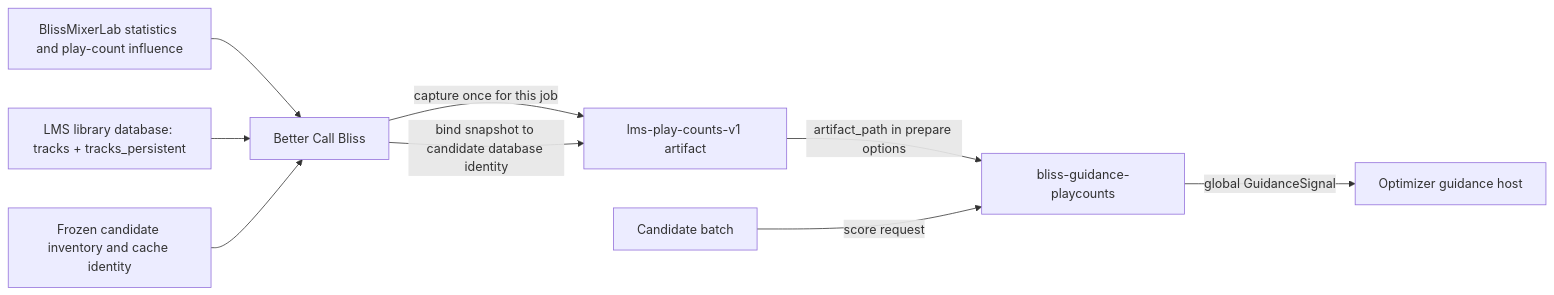
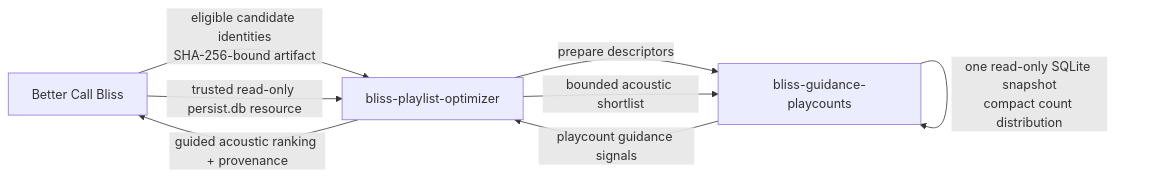
Before and after one commit to chrober/bliss-guidance-playcounts: the diagram in README.md, drawn with Mermaid. The commit also changed other lines of this file and 2 other files, not shown here.

Commit message:
feat: query Lyrion play counts through SQLite guidance

````diff
--- a/README.md
+++ b/README.md
@@ -16,11 +16,10 @@
 ```mermaid
 flowchart LR
-    S[BlissMixerLab statistics and play-count influence] --> B[Better Call Bliss]
-    D[LMS library database: tracks + tracks_persistent] --> B
-    B -->|capture once for this job| E[lms-play-counts-v1 artifact]
-    I[Frozen candidate inventory and cache identity] --> B
-    B -->|bind snapshot to candidate database identity| E
-    E -->|artifact_path in prepare options| P[bliss-guidance-playcounts]
-    C[Candidate batch] -->|score request| P
-    P -->|global GuidanceSignal| O[Optimizer guidance host]
+    B[Better Call Bliss] -->|eligible candidate identities\nSHA-256-bound artifact| O[bliss-playlist-optimizer]
+    B -->|trusted read-only persist.db resource| O
+    O -->|prepare descriptors| P[bliss-guidance-playcounts]
+    P -->|one read-only SQLite snapshot\ncompact count distribution| P
+    O -->|bounded acoustic shortlist| P
+    P -->|playcount guidance signals| O
+    O -->|guided acoustic ranking + provenance| B
 ```
````
